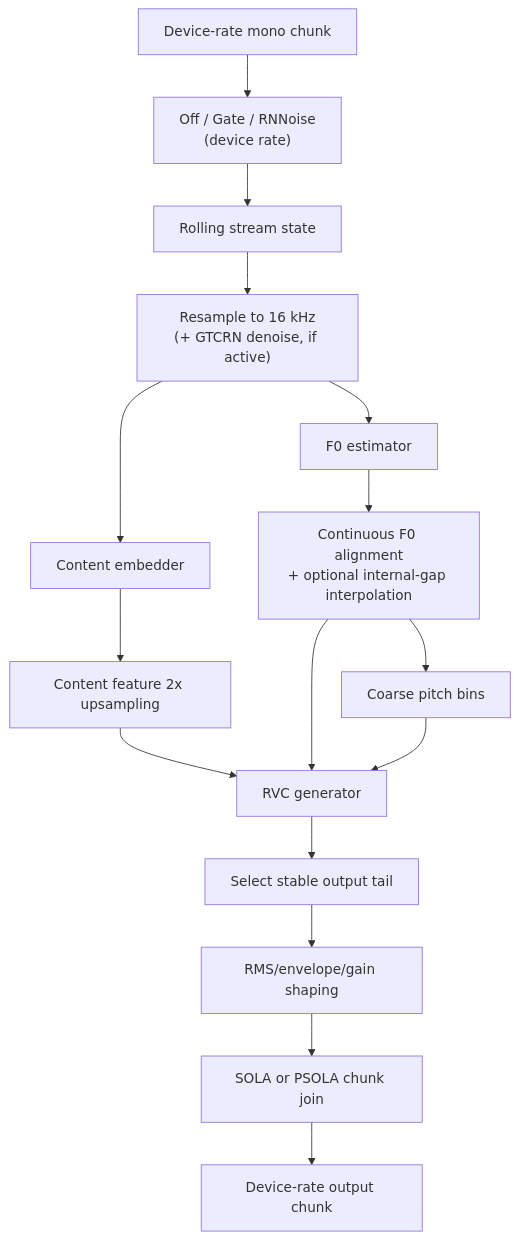
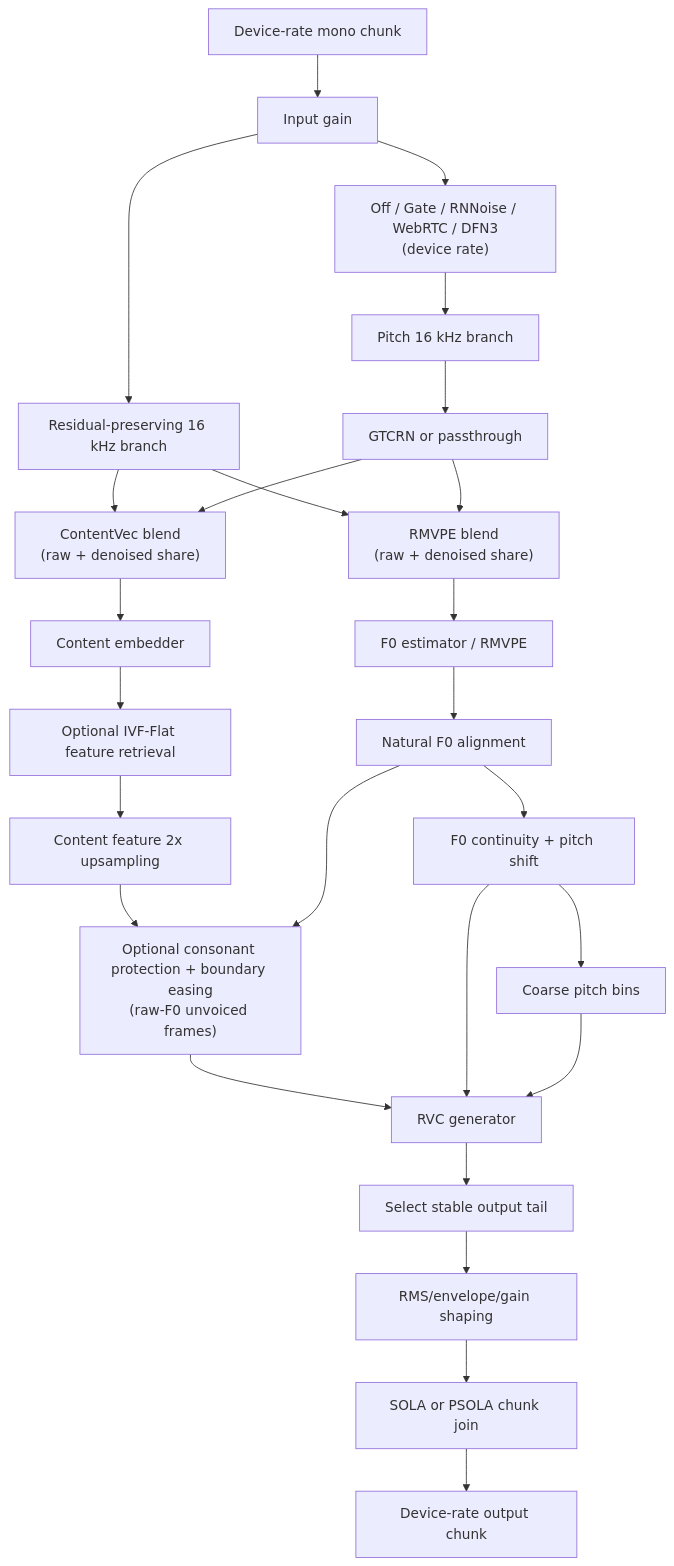
Before and after one commit to ImWuMie/vc-rs: the second of 2 diagrams in docs/architecture.md, drawn with Mermaid. The commit also changed other lines of this file and 49 other files, not shown here.

````diff
--- a/docs/architecture.md
+++ b/docs/architecture.md
@@ -127,18 +127,28 @@
 ```mermaid
 flowchart TD
-    input["Device-rate mono chunk"] --> denoise["Off / Gate / RNNoise<br/>(device rate)"]
-    denoise --> state["Rolling stream state"]
-    state --> resample["Resample to 16 kHz<br/>(+ GTCRN denoise, if active)"]
-    resample --> embed["Content embedder"]
-    resample --> f0["F0 estimator"]
-    embed --> feats["Content feature 2x upsampling"]
-    f0 --> pitchf["Continuous F0 alignment<br/>+ optional internal-gap interpolation"]
+    input["Device-rate mono chunk"] --> gain["Input gain"]
+    gain --> raw16["Residual-preserving 16 kHz branch"]
+    gain --> denoise["Off / Gate / RNNoise / WebRTC / DFN3<br/>(device rate)"]
+    denoise --> pitch16["Pitch 16 kHz branch"]
+    pitch16 --> gtcrn["GTCRN or passthrough"]
+    raw16 --> blend["ContentVec blend<br/>(raw + denoised share)"]
+    gtcrn --> blend
+    raw16 --> rmvpeblend["RMVPE blend<br/>(raw + denoised share)"]
+    gtcrn --> rmvpeblend
+    blend --> embed["Content embedder"]
+    rmvpeblend --> f0["F0 estimator / RMVPE"]
+    embed --> retrieve["Optional IVF-Flat feature retrieval"]
+    retrieve --> feats["Content feature 2x upsampling"]
+    f0 --> rawf0["Natural F0 alignment"]
+    feats --> protect["Optional consonant protection + boundary easing<br/>(raw-F0 unvoiced frames)"]
+    rawf0 --> protect
+    protect --> rvc["RVC generator"]
+    rawf0 --> pitchf["F0 continuity + pitch shift"]
     pitchf --> coarse["Coarse pitch bins"]
-    feats --> rvc["RVC generator"]
     pitchf --> rvc
     coarse --> rvc
     rvc --> tail["Select stable output tail"]
     tail --> level["RMS/envelope/gain shaping"]
     level --> join["SOLA or PSOLA chunk join"]
     join --> device["Device-rate output chunk"]
 ```
````
